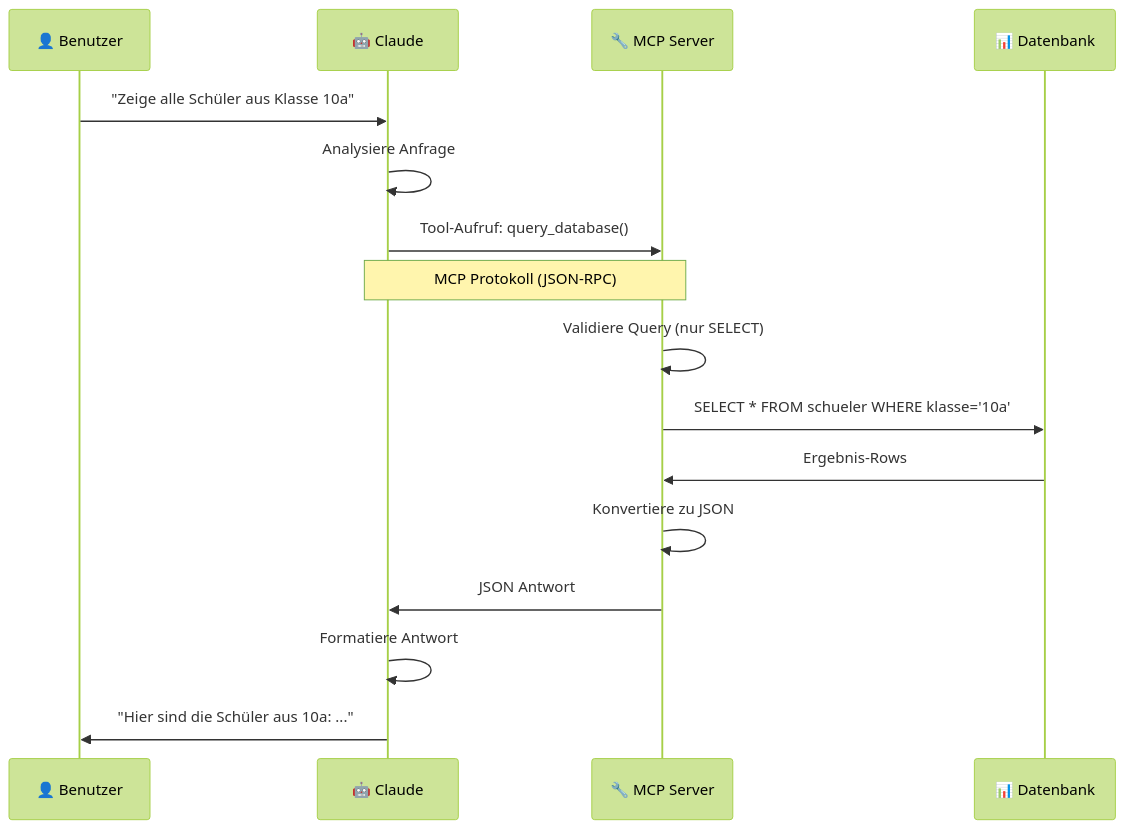
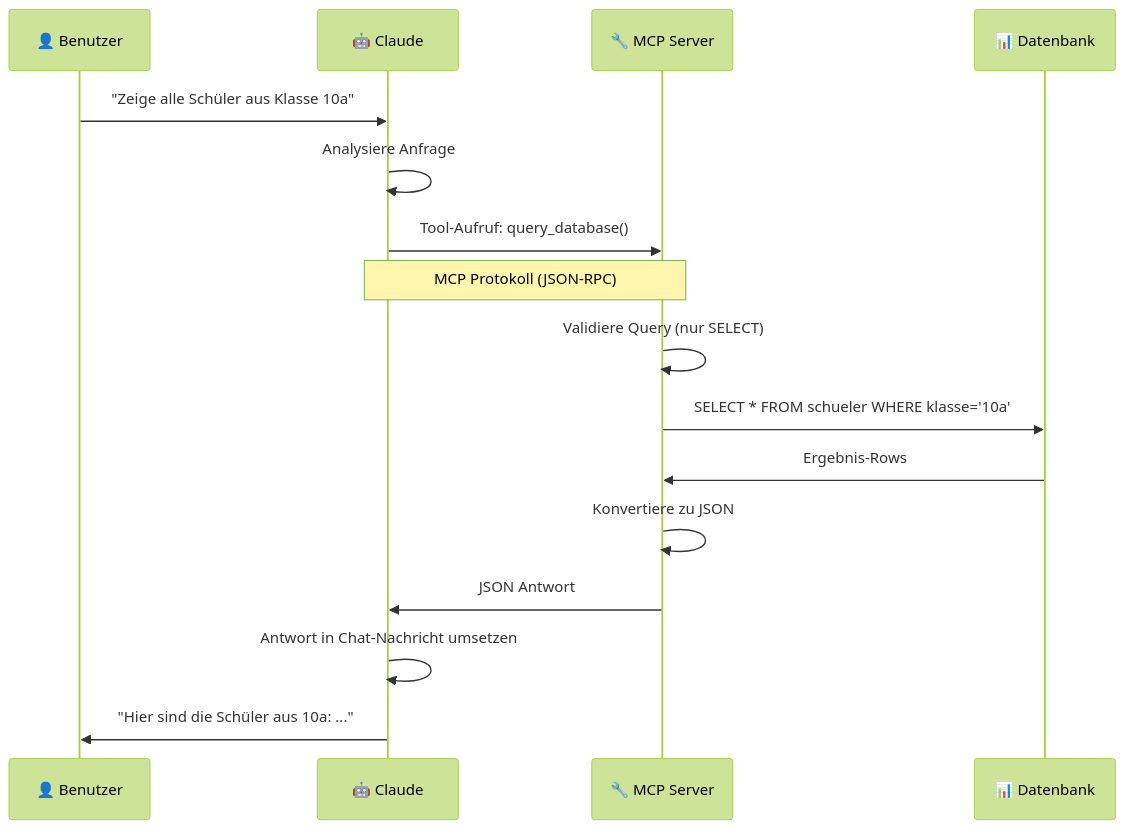
One commit to FlowTheTensor/SQLite-mit-MCP changed the second of 2 diagrams in README.md. Above: the diagram before and after it, drawn with Mermaid (forest theme). The commit also changed other lines of this file, not shown here.

````diff
--- a/README.md
+++ b/README.md
@@ -11,19 +26,19 @@
 ```mermaid
 sequenceDiagram
     participant U as 👤 Benutzer
     participant C as 🤖 Claude
     participant M as 🔧 MCP Server
     participant D as 📊 Datenbank
     
     U->>C: "Zeige alle Schüler aus Klasse 10a"
     C->>C: Analysiere Anfrage
     C->>M: Tool-Aufruf: query_database()
     Note over C,M: MCP Protokoll (JSON-RPC)
     M->>M: Validiere Query (nur SELECT)
     M->>D: SELECT * FROM schueler WHERE klasse='10a'
     D->>M: Ergebnis-Rows
     M->>M: Konvertiere zu JSON
     M->>C: JSON Antwort
-    C->>C: Formatiere Antwort
+    C->>C: Antwort in Chat-Nachricht umsetzen
     C->>U: "Hier sind die Schüler aus 10a: ..."
 ```
````
